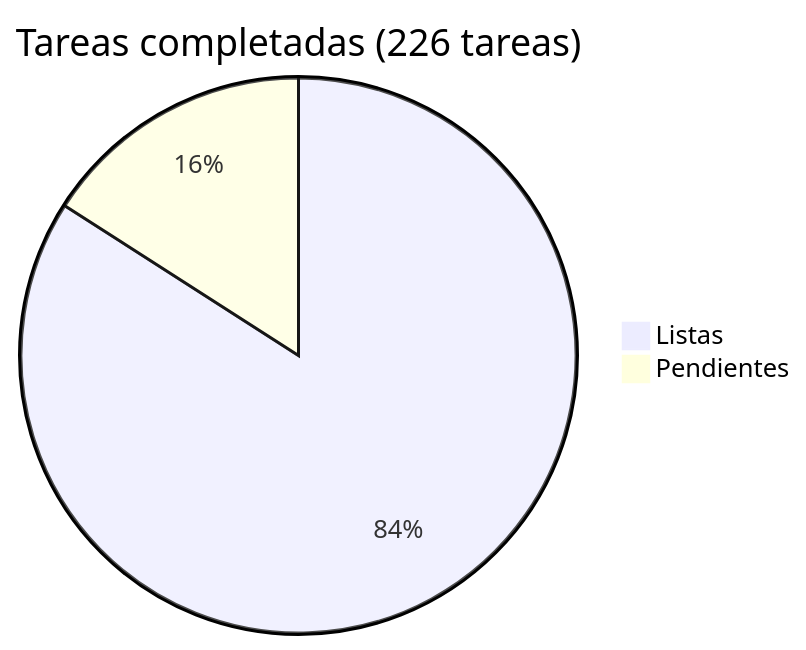
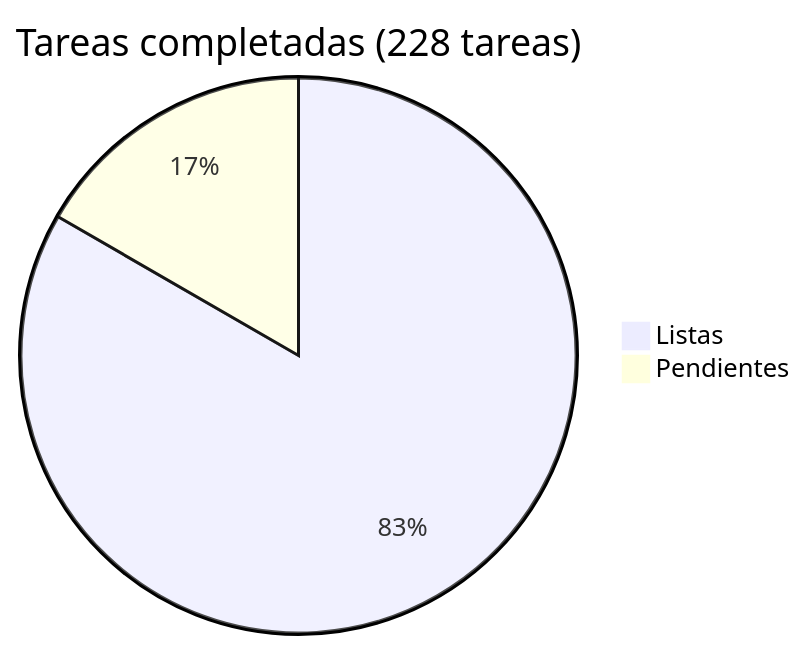
The diagram in docs/roadmap/README.md (araguaney-lat/araguaney), drawn with Mermaid before and after one commit. The commit also changed other lines of this file and 1 other file, not shown here.

Commit message:
docs: add RLS + IP audit tracing to Phase 10 (N-5, N-6)
- N-5 MEDIUM: no DB-level Row-Level Security; tenant isolation is 100%
  app-level via .scoped(). Add RLS as defense-in-depth (PgBouncer-compatible
  SET LOCAL + policies, national_admin bypass).
- N-6 MEDIUM: IP audit tracing incomplete. AuditLog.ip column exists and
  fire_audit passes it, but privileged events (user create, role change,
  password reset, invitations, request approval) use direct .log() without ip=.

Phase 10 now 22 tasks (2 CRITICAL, 7 HIGH, 9 MEDIUM, 4 LOW). Roadmap 83%.

````diff
--- a/docs/roadmap/README.md
+++ b/docs/roadmap/README.md
@@ -5,5 +5,5 @@
 ```mermaid
-pie title Tareas completadas (226 tareas)
+pie title Tareas completadas (228 tareas)
     "Listas" : 190
-    "Pendientes" : 36
+    "Pendientes" : 38
 ```
````
